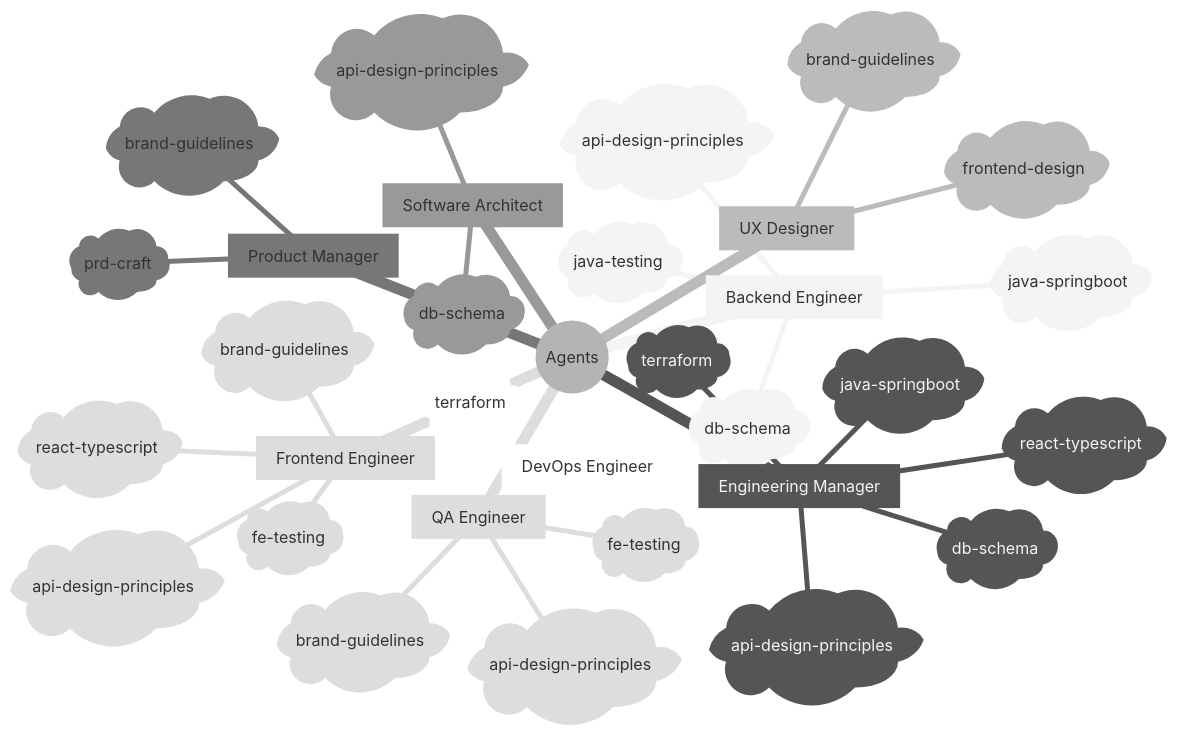
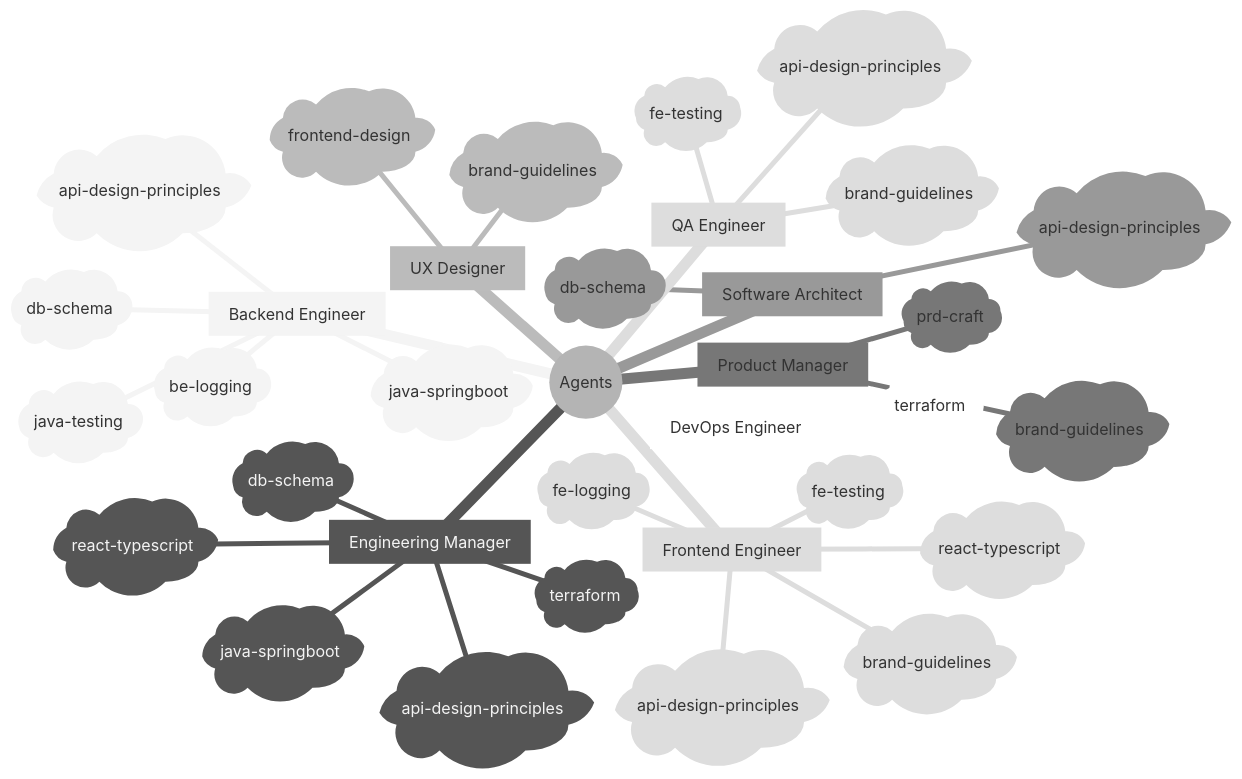
One commit to sans-github/agents changed the first of 3 diagrams in README.md. Above: the diagram before and after it, drawn with Mermaid (neutral theme). The commit also changed other lines of this file and 8 other files, not shown here.

````diff
--- a/README.md
+++ b/README.md
@@ -60,35 +60,37 @@
 ```mermaid
 mindmap
   root((Agents))
     [Backend Engineer]
       )db-schema(
       )java-springboot(
       )api-design-principles(
       )java-testing(
+      )be-logging(
     [Engineering Manager]
       )db-schema(
       )java-springboot(
       )api-design-principles(
       )react-typescript(
       )terraform(
     [UX Designer]
       )frontend-design(
       )brand-guidelines(
     [Product Manager]
       )prd-craft(
       )brand-guidelines(
     [Software Architect]
       )api-design-principles(
       )db-schema(
     [Frontend Engineer]
       )api-design-principles(
       )react-typescript(
       )fe-testing(
       )brand-guidelines(
+      )fe-logging(
     [DevOps Engineer]
       )terraform(
     [QA Engineer]
       )api-design-principles(
       )fe-testing(
       )brand-guidelines(
 ```
````
